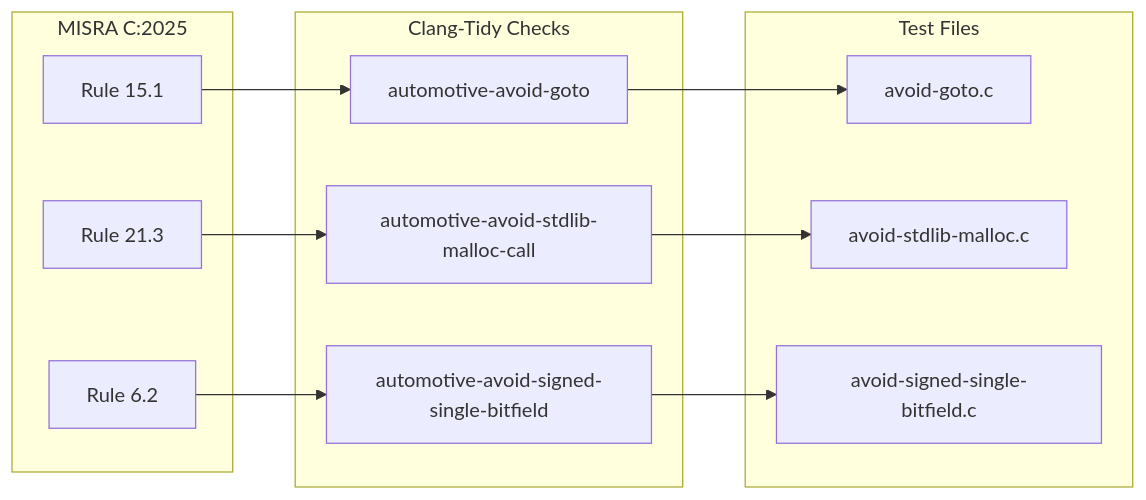
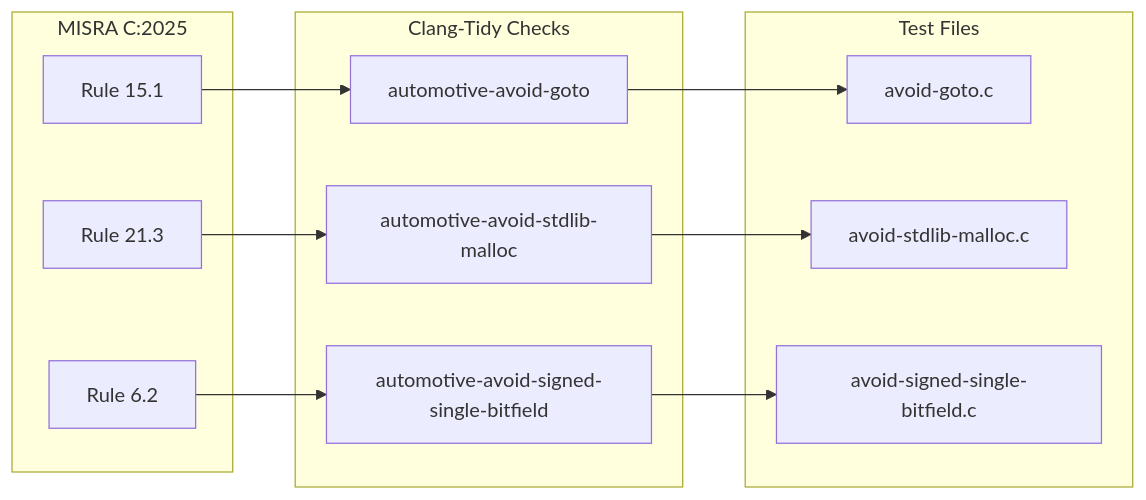
Before and after one commit to montge/clang-tidy-automotive: the first of 2 diagrams in docs/traceability.md, drawn with Mermaid. The commit also changed other lines of this file and 9 other files, not shown here.

````diff
--- a/docs/traceability.md
+++ b/docs/traceability.md
@@ -23,24 +23,24 @@
 ```mermaid
 flowchart LR
     subgraph MISRA["MISRA C:2025"]
         R15_1["Rule 15.1"]
         R21_3["Rule 21.3"]
         R6_2["Rule 6.2"]
     end
 
     subgraph Checks["Clang-Tidy Checks"]
         C1["automotive-avoid-goto"]
-        C2["automotive-avoid-stdlib-malloc-call"]
+        C2["automotive-avoid-stdlib-malloc"]
         C3["automotive-avoid-signed-single-bitfield"]
     end
 
     subgraph Tests["Test Files"]
         T1["avoid-goto.c"]
         T2["avoid-stdlib-malloc.c"]
         T3["avoid-signed-single-bitfield.c"]
     end
 
     R15_1 --> C1 --> T1
     R21_3 --> C2 --> T2
     R6_2 --> C3 --> T3
 ```
````
